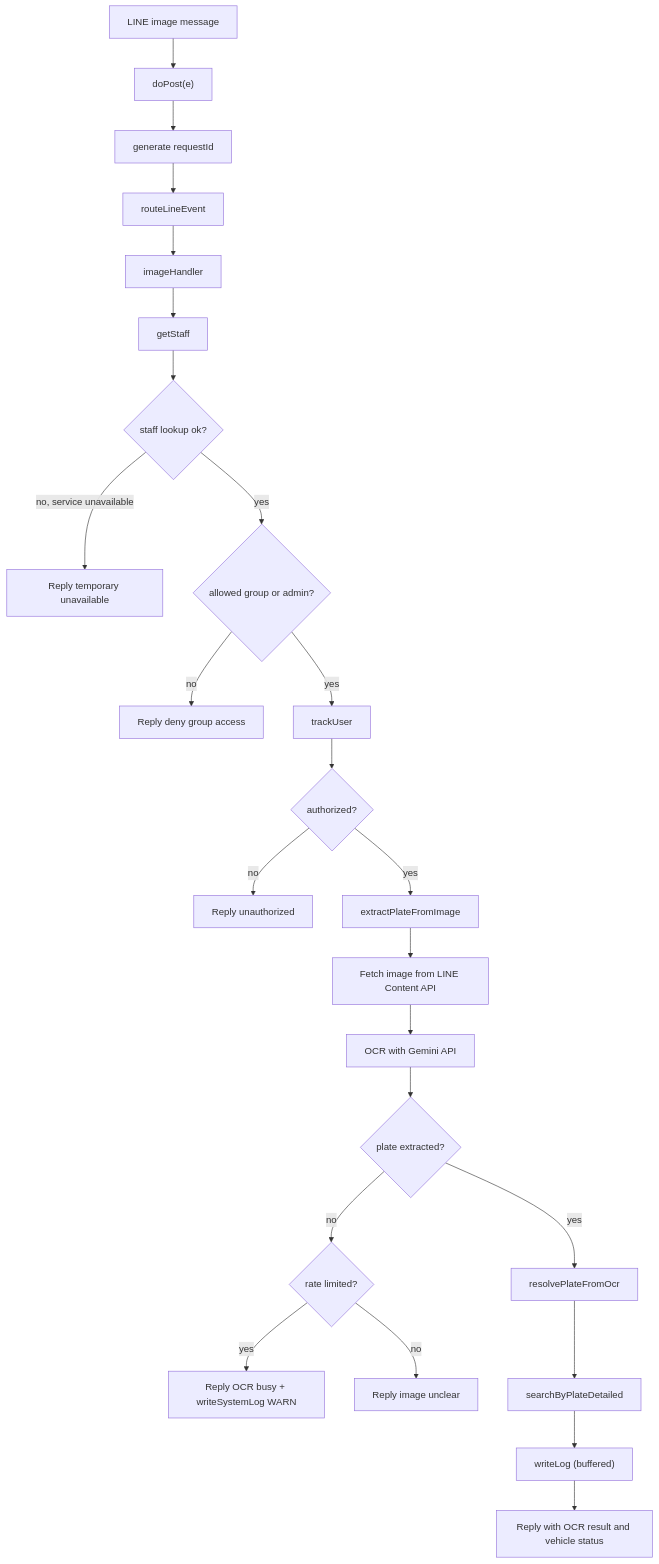
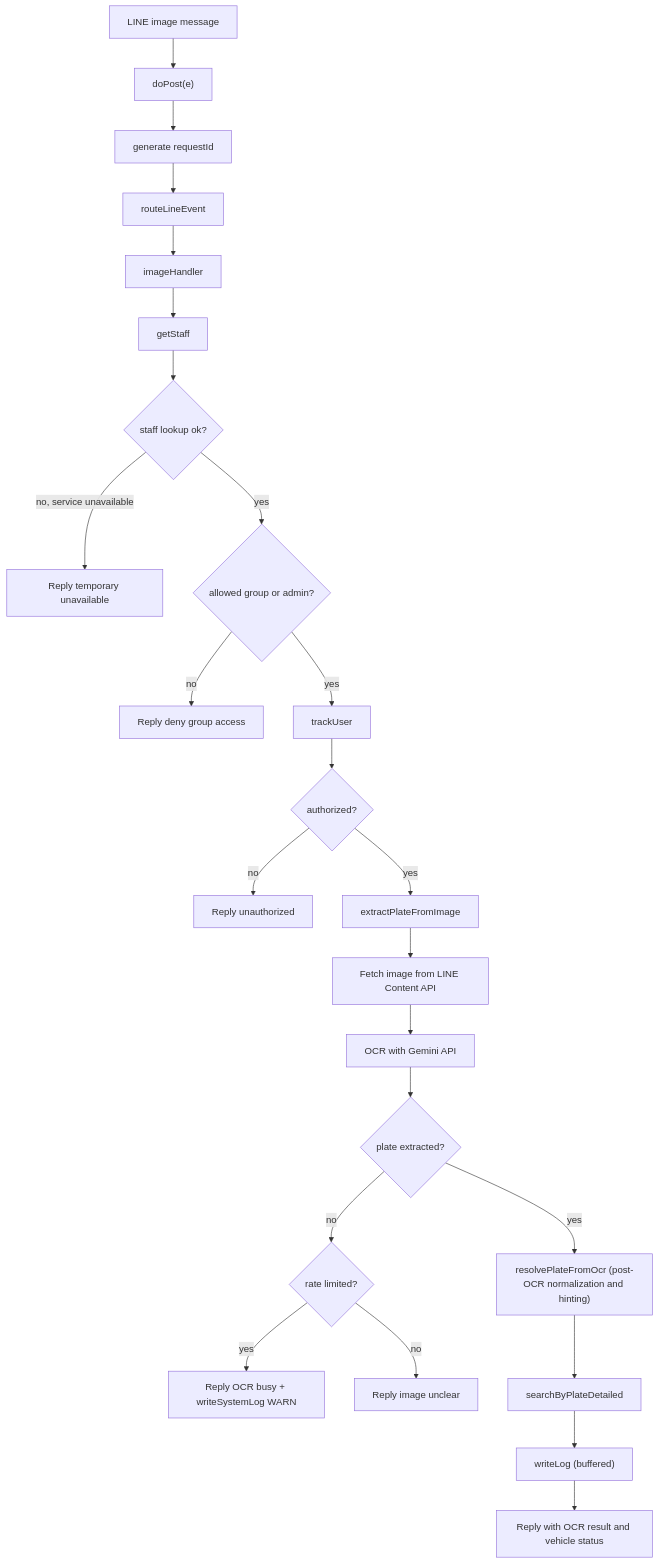
Before and after one commit to triphopy/village_vehicle_koolpuntville10: the fourth of 8 diagrams in docs/architecture-flow.md, drawn with Mermaid. The commit also changed other lines of this file and 2 other files, not shown here.

````diff
--- a/docs/architecture-flow.md
+++ b/docs/architecture-flow.md
@@ -131,30 +131,30 @@
 ```mermaid
 flowchart TD
     A["LINE image message"] --> B["doPost(e)"]
     B --> C["generate requestId"]
     C --> D["routeLineEvent"]
     D --> E["imageHandler"]
     E --> F["getStaff"]
     F --> G{"staff lookup ok?"}
 
     G -- "no, service unavailable" --> H["Reply temporary unavailable"]
     G -- "yes" --> I{"allowed group or admin?"}
     I -- "no" --> J["Reply deny group access"]
     I -- "yes" --> K["trackUser"]
     K --> L{"authorized?"}
     L -- "no" --> M["Reply unauthorized"]
     L -- "yes" --> N["extractPlateFromImage"]
 
     N --> O["Fetch image from LINE Content API"]
     O --> P["OCR with Gemini API"]
     P --> Q{"plate extracted?"}
 
     Q -- "no" --> R{"rate limited?"}
     R -- "yes" --> S["Reply OCR busy + writeSystemLog WARN"]
     R -- "no" --> T["Reply image unclear"]
 
-    Q -- "yes" --> U["resolvePlateFromOcr"]
+    Q -- "yes" --> U["resolvePlateFromOcr (post-OCR normalization and hinting)"]
     U --> V["searchByPlateDetailed"]
     V --> W["writeLog (buffered)"]
     W --> X["Reply with OCR result and vehicle status"]
 ```
````
